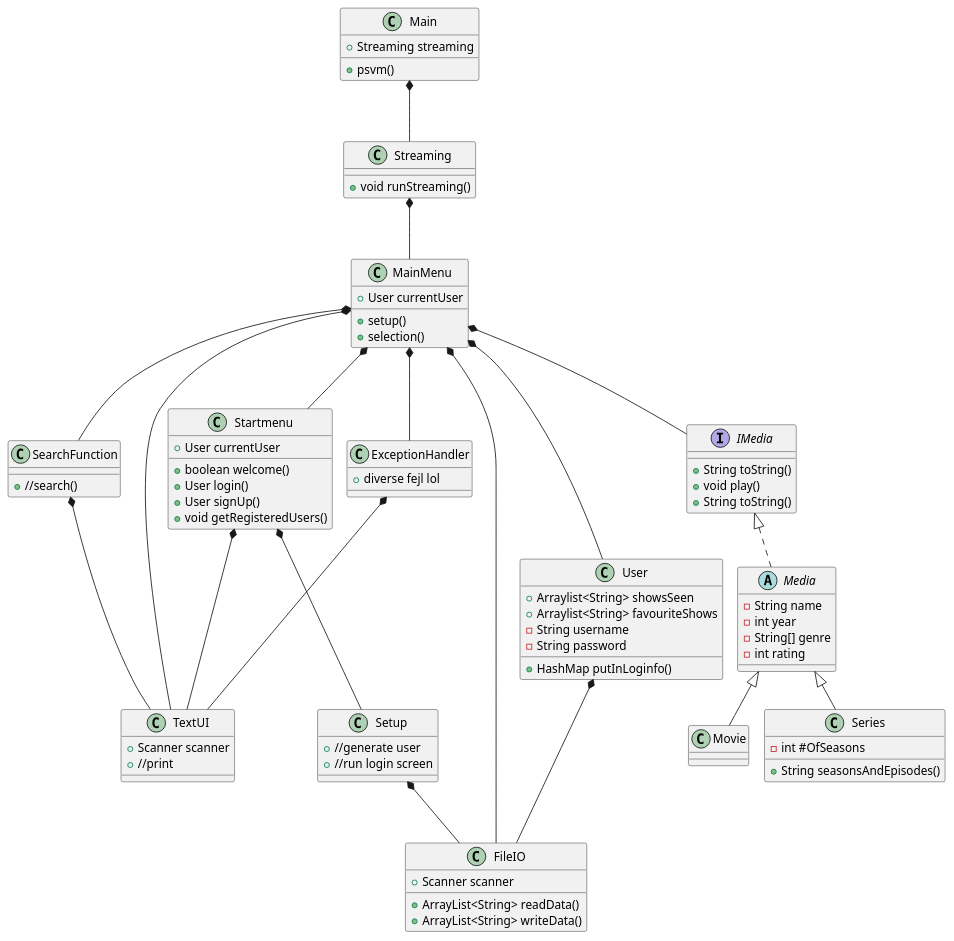
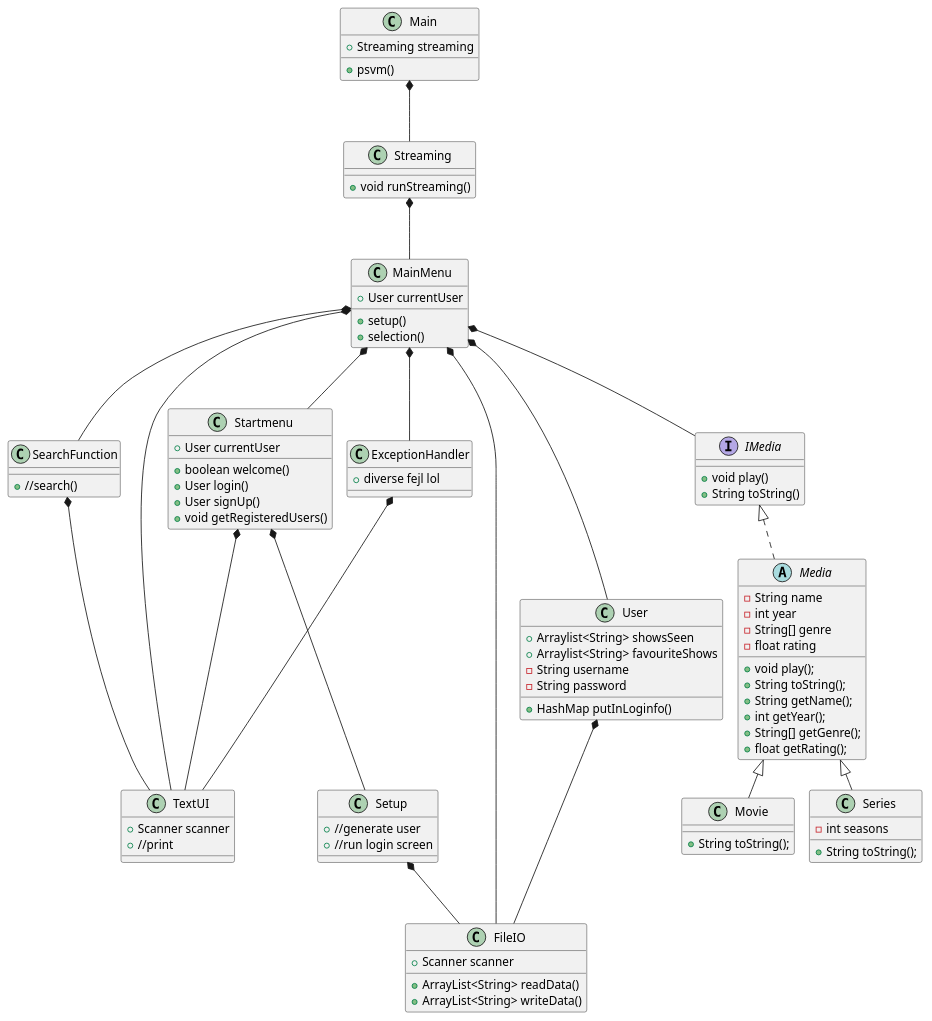
The diagram in SP03/.idea/Class Diagram.puml (Sebbedeb/SP3---Streaming-Service), drawn with PlantUML before and after one commit. The commit also changed 6 other files, not shown here.

Commit message:
Updated play() method for media. Updated UML

```diff
--- a/SP03/.idea/Class Diagram.puml
+++ b/SP03/.idea/Class Diagram.puml
@@ -1,85 +1,92 @@
 @startuml
 'https://plantuml.com/class-diagram
 !pragma layout smetana
 
 class Main
 class MainMenu
 class Startmenu
 class TextUI
 class User
 class FileIO
 class ExceptionHandler
 abstract class Media implements IMedia
 class Movie extends Media
 class Series extends Media
 class SearchFunction
 class MainMenu
 class Streaming
 class Setup
 
 Main *--- Streaming
 Startmenu *--- Setup
 Streaming *--- MainMenu
 MainMenu *--- Startmenu
 MainMenu *---TextUI
 MainMenu *--- ExceptionHandler
 MainMenu *--- FileIO
 MainMenu *--- User
 MainMenu *--- IMedia
 MainMenu *--- SearchFunction
 User *--- FileIO
 SearchFunction *--- TextUI
 Startmenu *--- TextUI
 ExceptionHandler *--- TextUI
 Setup *--- FileIO
 
 Main : +psvm()
 Main : +Streaming streaming
 
 MainMenu : + User currentUser
 MainMenu : + setup()
 MainMenu : + selection()
 Streaming : + void runStreaming()
 
 Setup : + //generate user
 Setup : + //run login screen
 
 SearchFunction : +//search()
 
 Startmenu : + User currentUser
 Startmenu : + boolean welcome()
 Startmenu : + User login()
 Startmenu : + User signUp()
 Startmenu : + void getRegisteredUsers()
 
 FileIO : + Scanner scanner
 FileIO : + ArrayList<String> readData()
 FileIO : + ArrayList<String> writeData()
 
 
 User : + Arraylist<String> showsSeen
 User : + Arraylist<String> favouriteShows
 User : - String username
 User : - String password
 User : + HashMap putInLoginfo()
 
 
-IMedia : + String toString()
 IMedia : + void play()
 IMedia : + String toString()
 
 TextUI : + Scanner scanner
 TextUI : + //print
 
 ExceptionHandler : + diverse fejl lol
 
 Media : -String name
 Media : -int year
 Media : -String[] genre
-Media : -int rating
+Media : -float rating
+Media : + void play();
+Media : + String toString();
+Media : + String getName();
+Media : + int getYear();
+Media : + String[] getGenre();
+Media : + float getRating();
 
-Series : - int #OfSeasons
-Series : + String seasonsAndEpisodes()
+Movie : + String toString();
+
+Series : - int seasons
+Series : + String toString();
 
 
 @enduml
```
